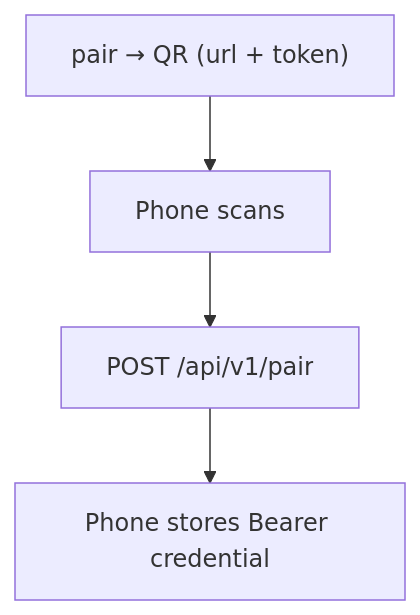
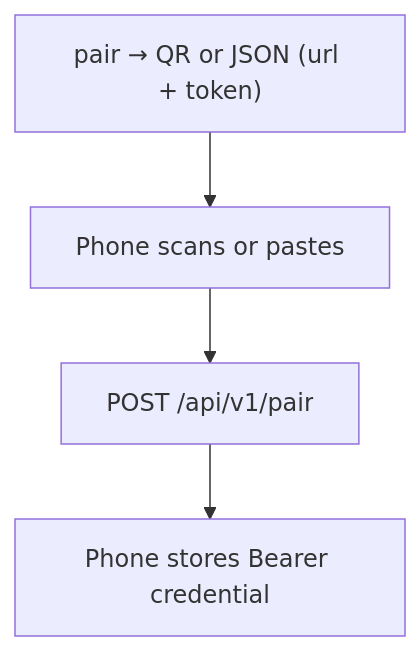
Before and after one commit to 3xian/PinkCollab: the second of 2 diagrams in docs/deployment.md, drawn with Mermaid. The commit also changed other lines of this file and 12 other files, not shown here.

````diff
--- a/docs/deployment.md
+++ b/docs/deployment.md
@@ -77,6 +97,6 @@
 ```mermaid
 flowchart TB
-    A["pair → QR (url + token)"] --> B["Phone scans"]
+    A["pair → QR or JSON (url + token)"] --> B["Phone scans or pastes"]
     B --> C["POST /api/v1/pair"]
     C --> D["Phone stores Bearer credential"]
 ```
````
